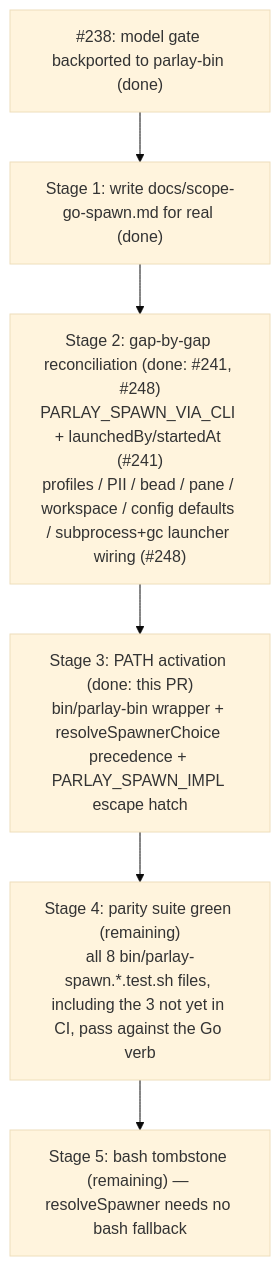
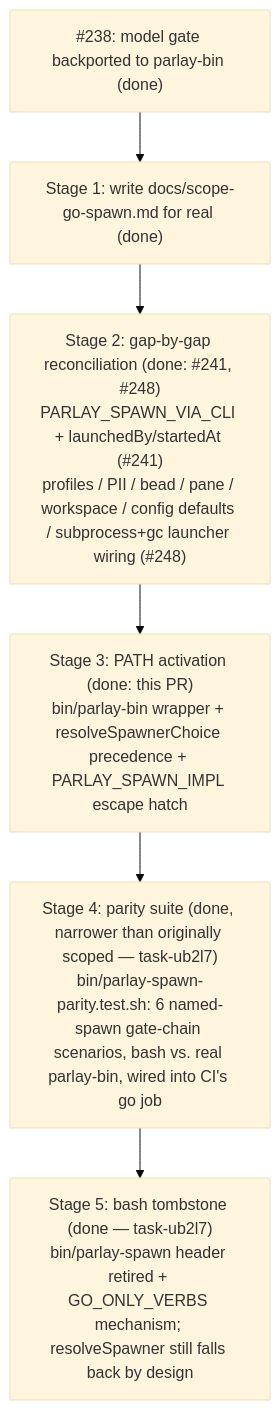
Before and after one commit to trillium/parlay: the diagram in docs/scope-go-spawn.md, drawn with Mermaid (base theme). The commit also changed other lines of this file and 6 other files, not shown here.

````diff
--- a/docs/scope-go-spawn.md
+++ b/docs/scope-go-spawn.md
@@ -318,8 +326,8 @@
 ```mermaid
 flowchart TB
     M1["#238: model gate backported to parlay-bin (done)"] --> S["Stage 1: write docs/scope-go-spawn.md for real (done)"]
     S --> R1["Stage 2: gap-by-gap reconciliation (done: #241, #248)<br/>PARLAY_SPAWN_VIA_CLI + launchedBy/startedAt (#241)<br/>profiles / PII / bead / pane / workspace / config defaults / subprocess+gc launcher wiring (#248)"]
     R1 --> R2["Stage 3: PATH activation (done: this PR)<br/>bin/parlay-bin wrapper + resolveSpawnerChoice precedence + PARLAY_SPAWN_IMPL escape hatch"]
-    R2 --> R3["Stage 4: parity suite green (remaining)<br/>all 8 bin/parlay-spawn.*.test.sh files, including the 3 not yet in CI, pass against the Go verb"]
-    R3 --> T["Stage 5: bash tombstone (remaining) — resolveSpawner needs no bash fallback"]
+    R2 --> R3["Stage 4: parity suite (done, narrower than originally scoped — task-ub2l7)<br/>bin/parlay-spawn-parity.test.sh: 6 named-spawn gate-chain scenarios, bash vs. real parlay-bin, wired into CI's go job"]
+    R3 --> T["Stage 5: bash tombstone (done — task-ub2l7)<br/>bin/parlay-spawn header retired + GO_ONLY_VERBS mechanism; resolveSpawner still falls back by design"]
 ```
````
